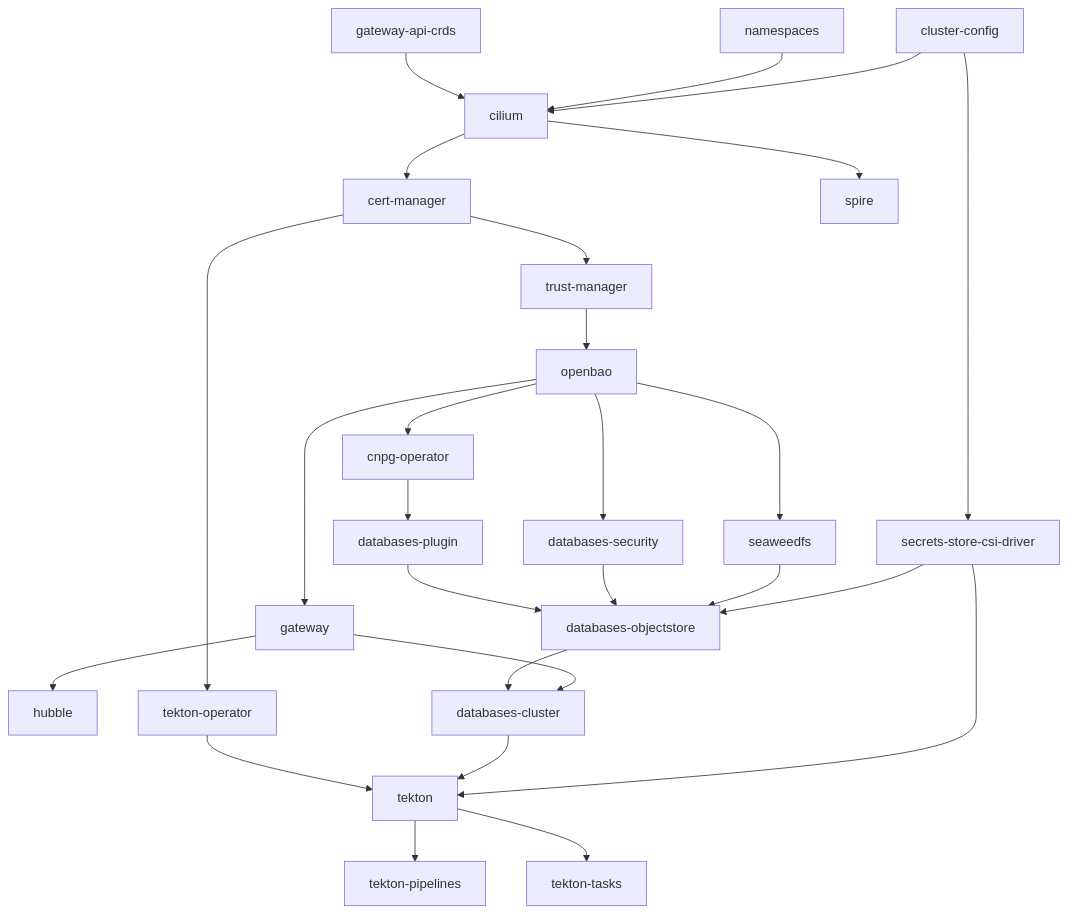
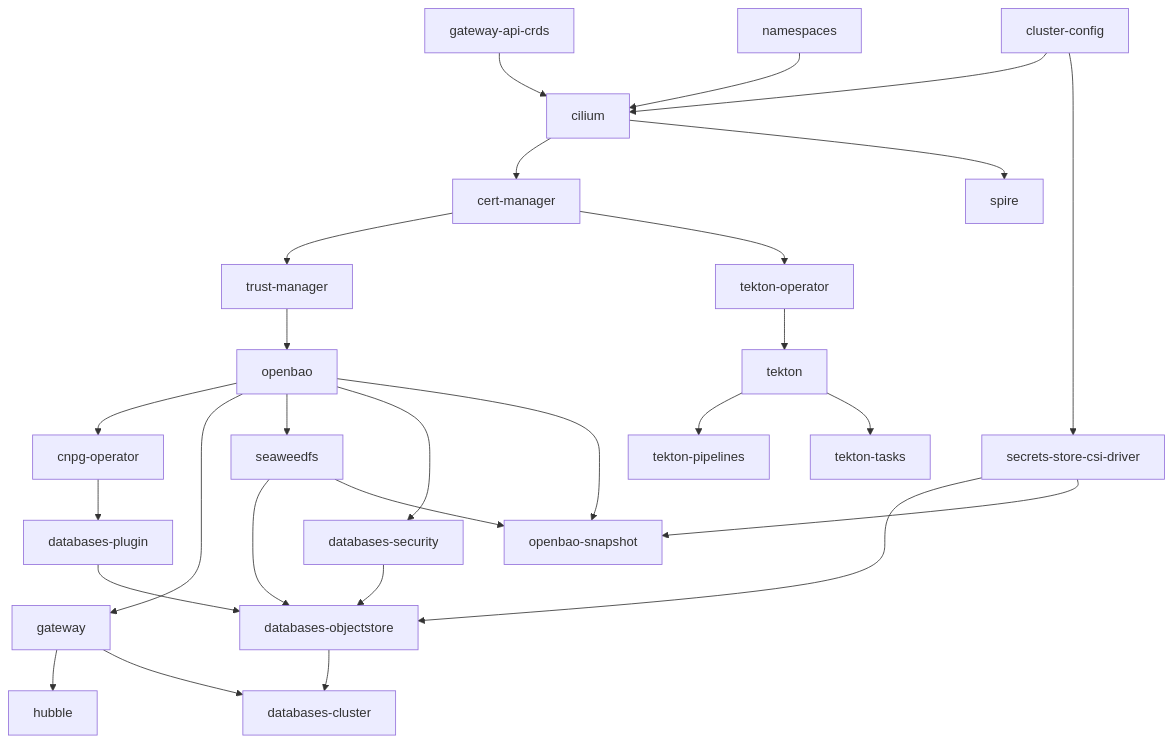
One commit to DragonBishop/data_science_cluster changed the diagram in docs/INSTALLATION.md. Above: the diagram before and after it, drawn with Mermaid. The commit also changed other lines of this file and 24 other files, not shown here.

First line of the commit message:
refactor(tekton): remove Results and complete OpenBao snapshot configuration

````diff
--- a/docs/INSTALLATION.md
+++ b/docs/INSTALLATION.md
@@ -391,39 +391,40 @@
 ```mermaid
 flowchart TD
     %% Base Foundations
     crds["gateway-api-crds"] --> cilium["cilium"]
     ns["namespaces"] --> cilium
     cc["cluster-config"] --> cilium
 
     %% Core Services & PKI
     cilium --> certmgr["cert-manager"]
     certmgr --> trustmgr["trust-manager"]
     trustmgr --> openbao["openbao"]
     cilium --> spire["spire"]
 
     %% Platform Services
     openbao --> cnpg["cnpg-operator"]
     cnpg --> plugin["databases-plugin"]
 
     openbao --> gw["gateway"]
     gw --> hubble["hubble"]
 
     %% Applications
     openbao --> seaweedfs["seaweedfs"]
     cc --> csidriver["secrets-store-csi-driver"]
     openbao --> security["databases-security"]
     plugin --> objectstore["databases-objectstore"]
     security --> objectstore
     seaweedfs --> objectstore
     csidriver --> objectstore
+    openbao --> baosnapshot["openbao-snapshot"]
+    seaweedfs --> baosnapshot
+    csidriver --> baosnapshot
     objectstore --> dbcluster["databases-cluster"]
     gw --> dbcluster
 
     %% CI
     certmgr --> tektonop["tekton-operator"]
     tektonop --> tekton["tekton"]
-    dbcluster --> tekton
-    csidriver --> tekton
     tekton --> tektonpipelines["tekton-pipelines"]
     tekton --> tektontasks["tekton-tasks"]
 ```
````
